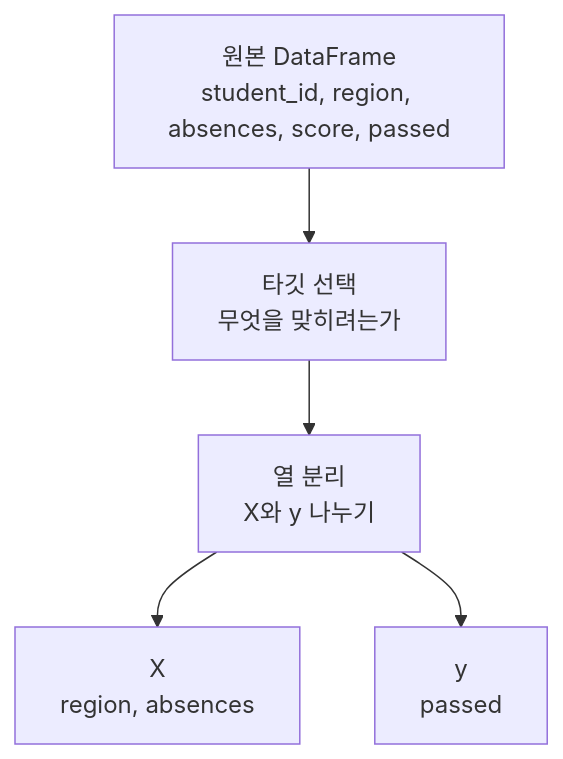
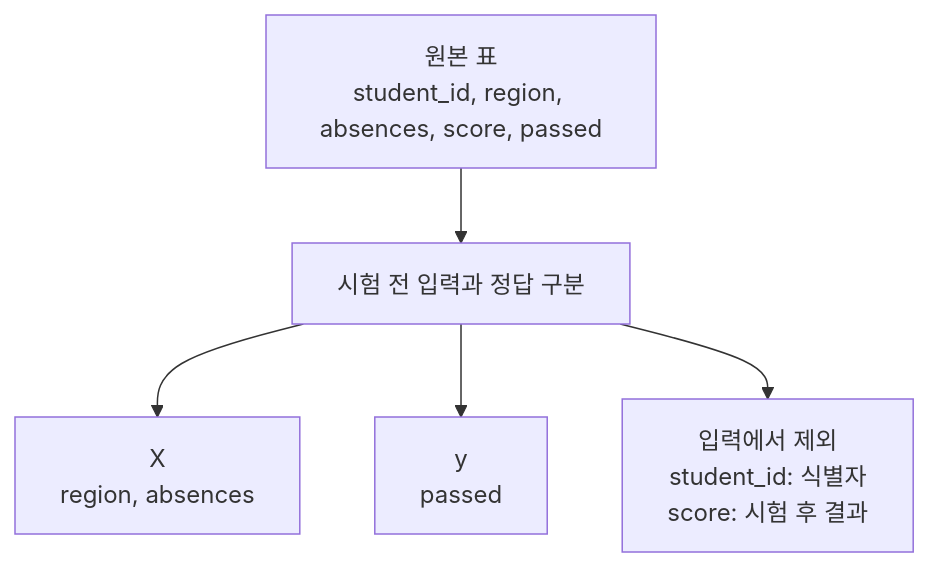
The diagram in docs/assets/part-02/chapter-12/x-y-split-flow-ko.mmd (devchan64/AiBook), drawn with Mermaid before and after one commit. The commit also changed 26 other files, not shown here.

```diff
--- a/docs/assets/part-02/chapter-12/x-y-split-flow-ko.mmd
+++ b/docs/assets/part-02/chapter-12/x-y-split-flow-ko.mmd
@@ -1,10 +1,6 @@
 flowchart TD
-    raw["원본 DataFrame<br/>student_id, region, absences, score, passed"]
-    choose["타깃 선택<br/>무엇을 맞히려는가"]
-    split["열 분리<br/>X와 y 나누기"]
-    x["X<br/>region, absences"]
-    y["y<br/>passed"]
-
-    raw --> choose --> split
-    split --> x
-    split --> y
+    a["원본 표<br/>student_id, region, absences, score, passed"]
+    a --> b["시험 전 입력과 정답 구분"]
+    b --> x["X<br/>region, absences"]
+    b --> y["y<br/>passed"]
+    b --> z["입력에서 제외<br/>student_id: 식별자<br/>score: 시험 후 결과"]
```
